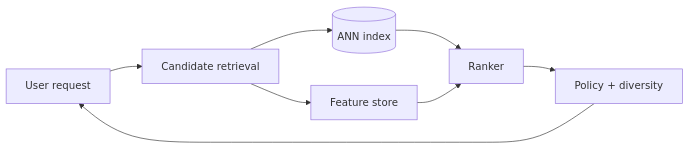
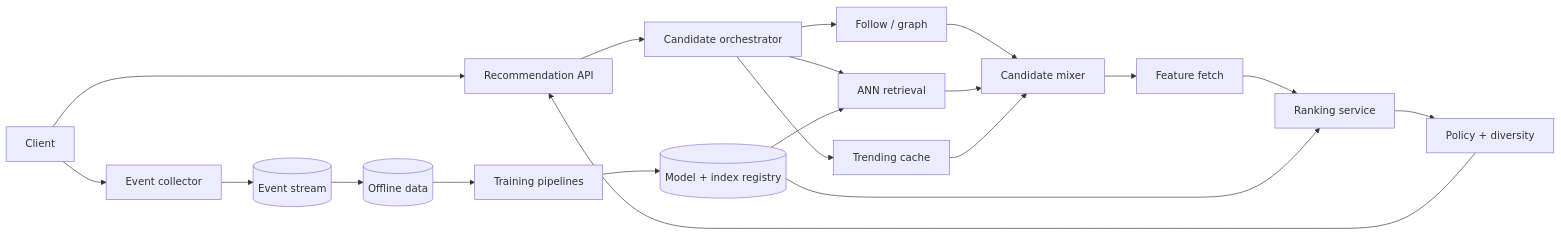
The diagram in src/content/blog/system-design/recommendation-system.md (yangzichao/www), drawn with Mermaid before and after one commit. The commit also changed other lines of this file and 18 other files, not shown here.

Commit message:
refactor: Revise URL Shortener design document to enhance clarity and detail on system evolution, API specifications, and architectural considerations

````diff
--- a/src/content/blog/system-design/recommendation-system.md
+++ b/src/content/blog/system-design/recommendation-system.md
@@ -81,10 +288,23 @@
 ```mermaid
 flowchart LR
-  U[User request] --> R[Candidate retrieval]
-  R --> A[(ANN index)]
-  R --> F[Feature store]
-  A --> K[Ranker]
-  F --> K
-  K --> P[Policy + diversity]
-  P --> U
+  U[Client] --> API[Recommendation API]
+  API --> C[Candidate orchestrator]
+  C --> G[Follow / graph]
+  C --> A[ANN retrieval]
+  C --> T[Trending cache]
+  G --> M[Candidate mixer]
+  A --> M
+  T --> M
+  M --> F[Feature fetch]
+  F --> R[Ranking service]
+  R --> P[Policy + diversity]
+  P --> API
+
+  U --> E[Event collector]
+  E --> S[(Event stream)]
+  S --> O[(Offline data)]
+  O --> TR[Training pipelines]
+  TR --> REG[(Model + index registry)]
+  REG --> A
+  REG --> R
 ```
````
